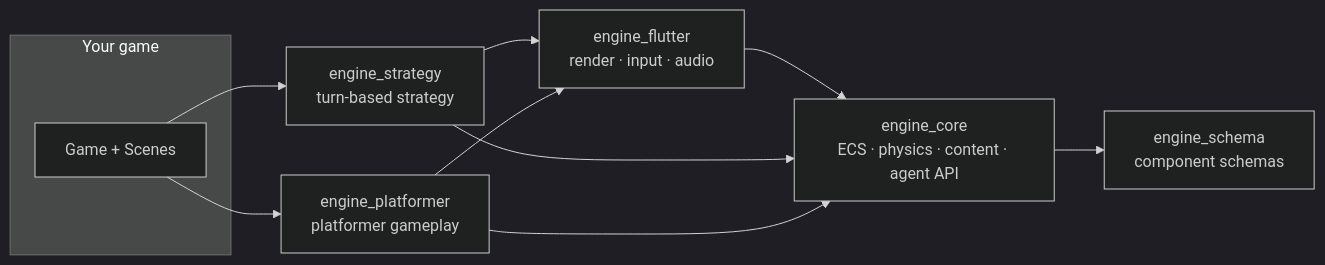
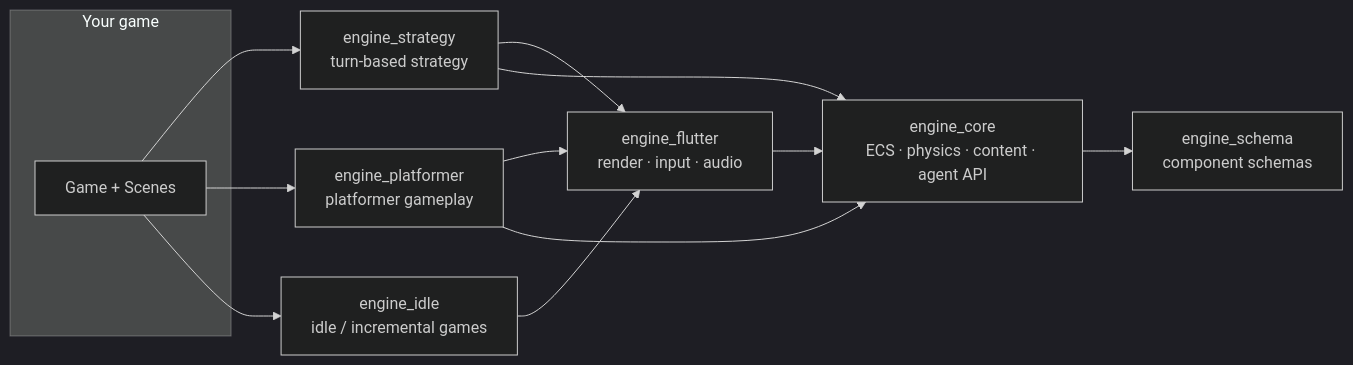
Before and after one commit to arashrasoulzadeh/agentic-game-engine: the diagram in docs/README.md, drawn with Mermaid (dark theme). The commit also changed 4 other files, not shown here.

First line of the commit message:
docs+studio test: idle template and engine_idle in CLI docs, architecture diagram; palette test

````diff
--- a/docs/README.md
+++ b/docs/README.md
@@ -9,14 +9,16 @@
 ```mermaid
 flowchart LR
     subgraph Your game
       G[Game + Scenes]
     end
     G --> S[engine_strategy<br/>turn-based strategy]
     G --> P[engine_platformer<br/>platformer gameplay]
+    G --> I[engine_idle<br/>idle / incremental games]
     S --> F[engine_flutter<br/>render · input · audio]
     P --> F
+    I --> F
     F --> C[engine_core<br/>ECS · physics · content · agent API]
     S --> C
     P --> C
     C --> X[engine_schema<br/>component schemas]
 ```
````
